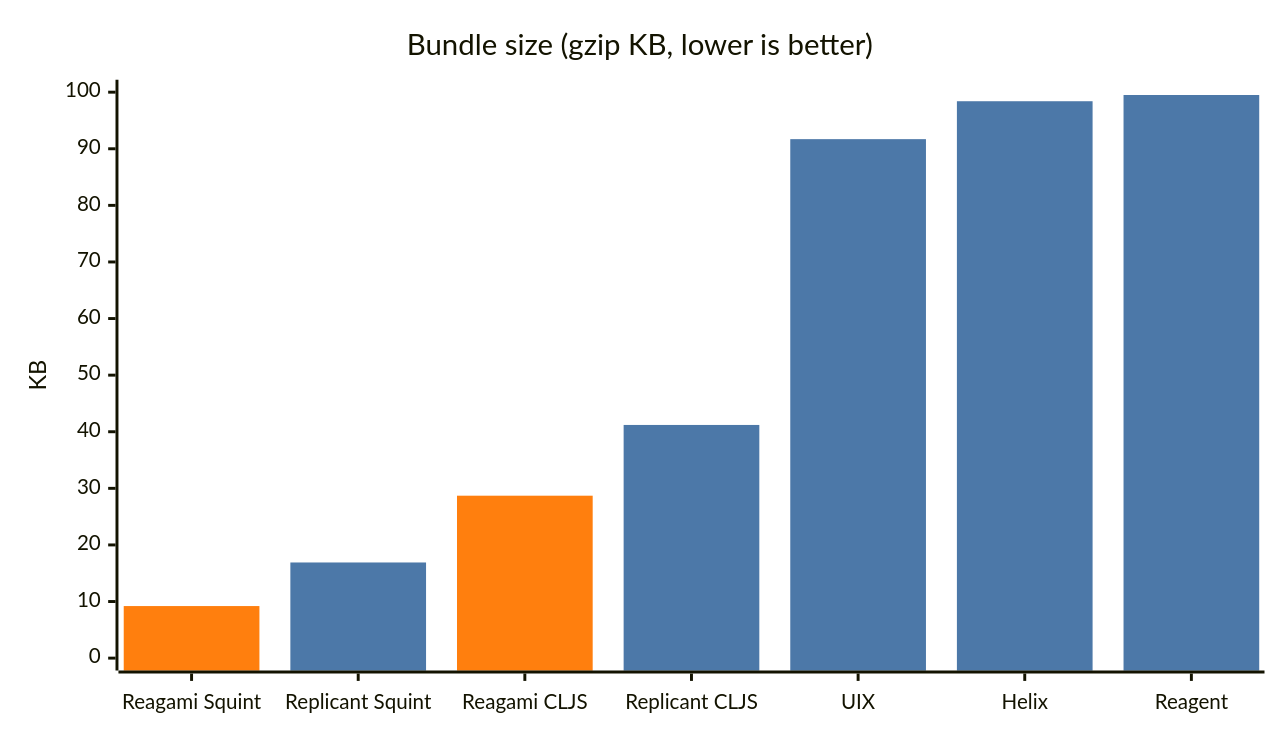
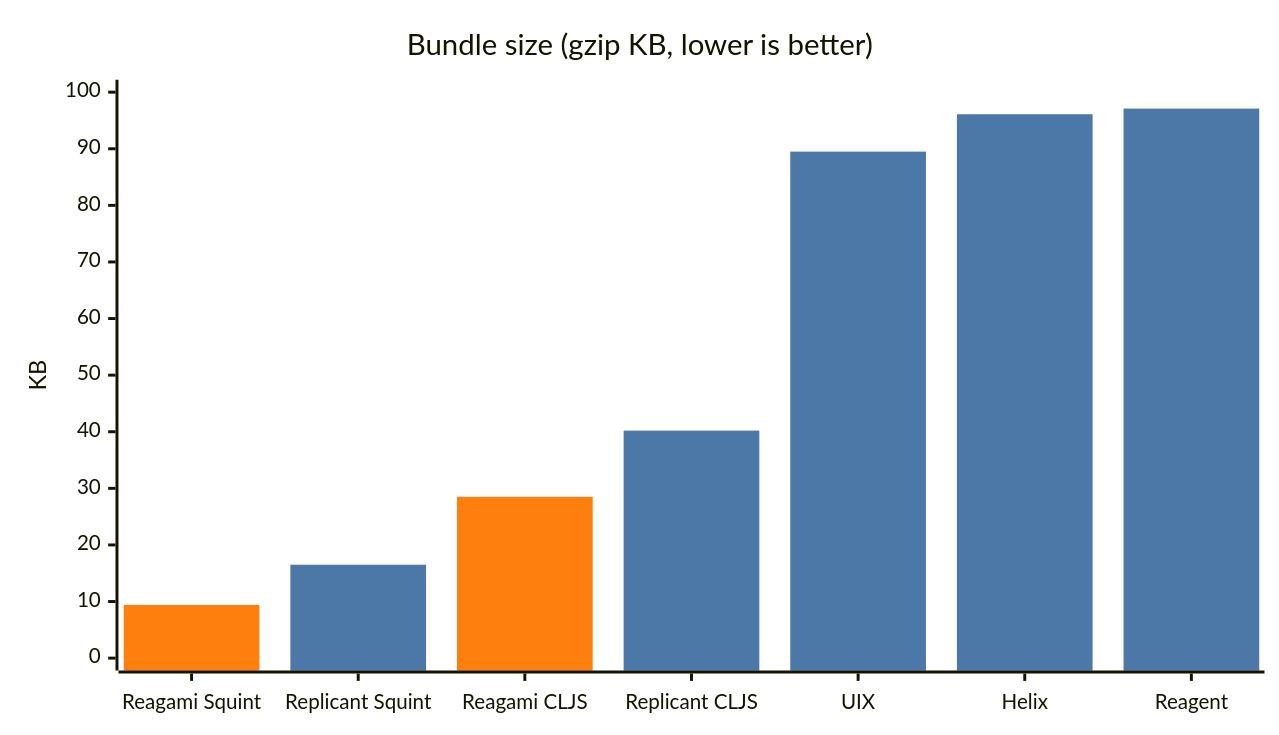
The second of 2 diagrams in README.md (borkdude/reagami), drawn with Mermaid before and after one commit. The commit also changed other lines of this file and 4 other files, not shown here.

````diff
--- a/README.md
+++ b/README.md
@@ -276,17 +279,17 @@
 ```mermaid
 ---
 config:
   xyChart:
     width: 850
     height: 480
   themeVariables:
     xyChart:
       plotColorPalette: "#ff7f0e, #4c78a8"
 ---
 xychart-beta
     title "Bundle size (gzip KB, lower is better)"
     x-axis ["Reagami Squint", "Replicant Squint", "Reagami CLJS", "Replicant CLJS", "UIX", "Helix", "Reagent"]
     y-axis "KB" 0 --> 100
-    bar [9.2, -5, 28.7, -5, -5, -5, -5]
-    bar [-5, 16.9, -5, 41.2, 91.7, 98.4, 99.5]
+    bar [9.4, -5, 28.5, -5, -5, -5, -5]
+    bar [-5, 16.5, -5, 40.2, 89.5, 96.1, 97.1]
 ```
````
